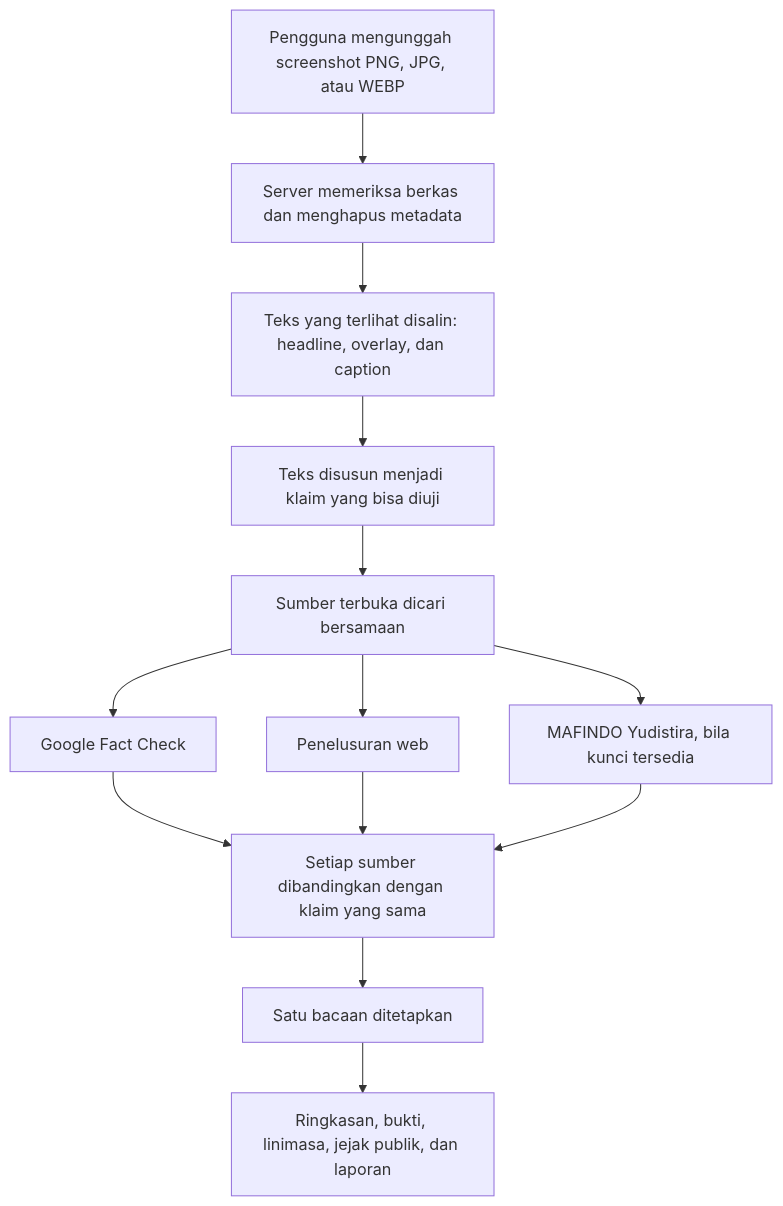
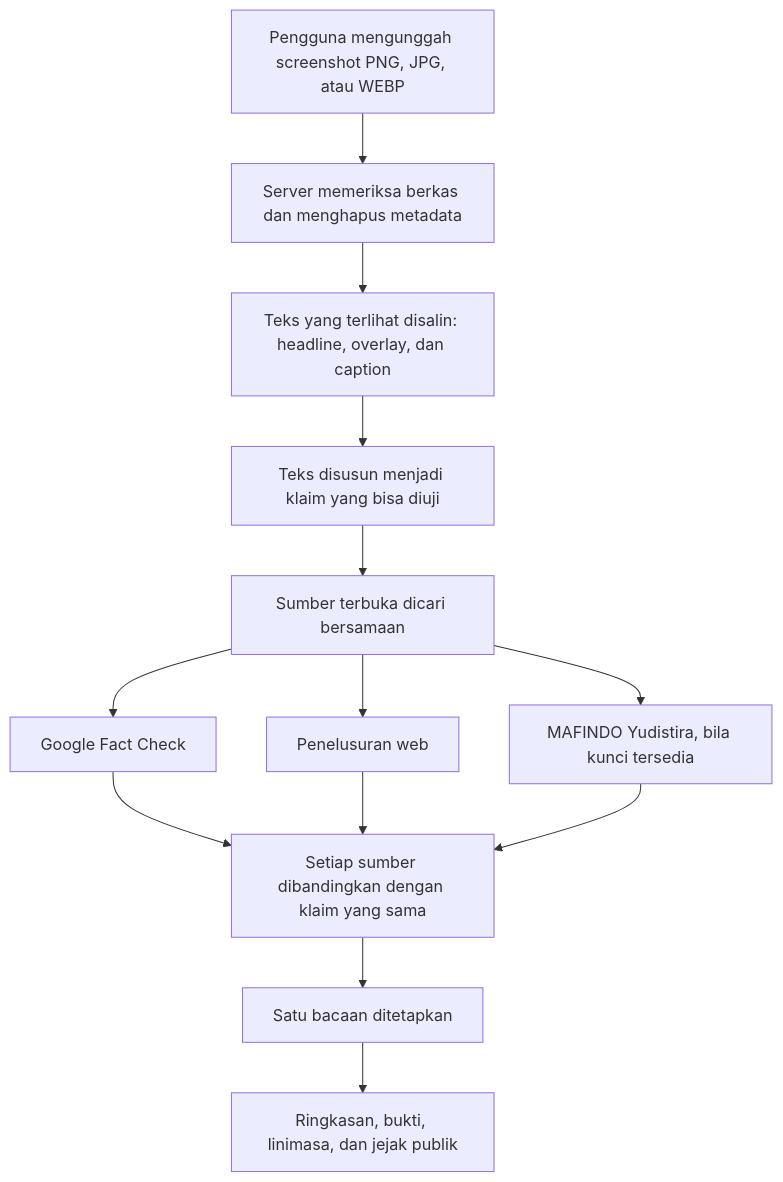
The diagram in README.md (nobcoderr/klaimscan), drawn with Mermaid before and after one commit. The commit also changed other lines of this file and 12 other files, not shown here.

````diff
--- a/README.md
+++ b/README.md
@@ -15,20 +15,20 @@
 ```mermaid
 flowchart TD
   unggah["Pengguna mengunggah screenshot PNG, JPG, atau WEBP"]
   berkas["Server memeriksa berkas dan menghapus metadata"]
   teks["Teks yang terlihat disalin: headline, overlay, dan caption"]
   klaim["Teks disusun menjadi klaim yang bisa diuji"]
   cari["Sumber terbuka dicari bersamaan"]
   google["Google Fact Check"]
   web["Penelusuran web"]
   mafindo["MAFINDO Yudistira, bila kunci tersedia"]
   banding["Setiap sumber dibandingkan dengan klaim yang sama"]
   baca["Satu bacaan ditetapkan"]
-  hasil["Ringkasan, bukti, linimasa, jejak publik, dan laporan"]
+  hasil["Ringkasan, bukti, linimasa, dan jejak publik"]
 
   unggah --> berkas --> teks --> klaim --> cari
   cari --> google --> banding
   cari --> web --> banding
   cari --> mafindo --> banding
   banding --> baca --> hasil
 ```
````
